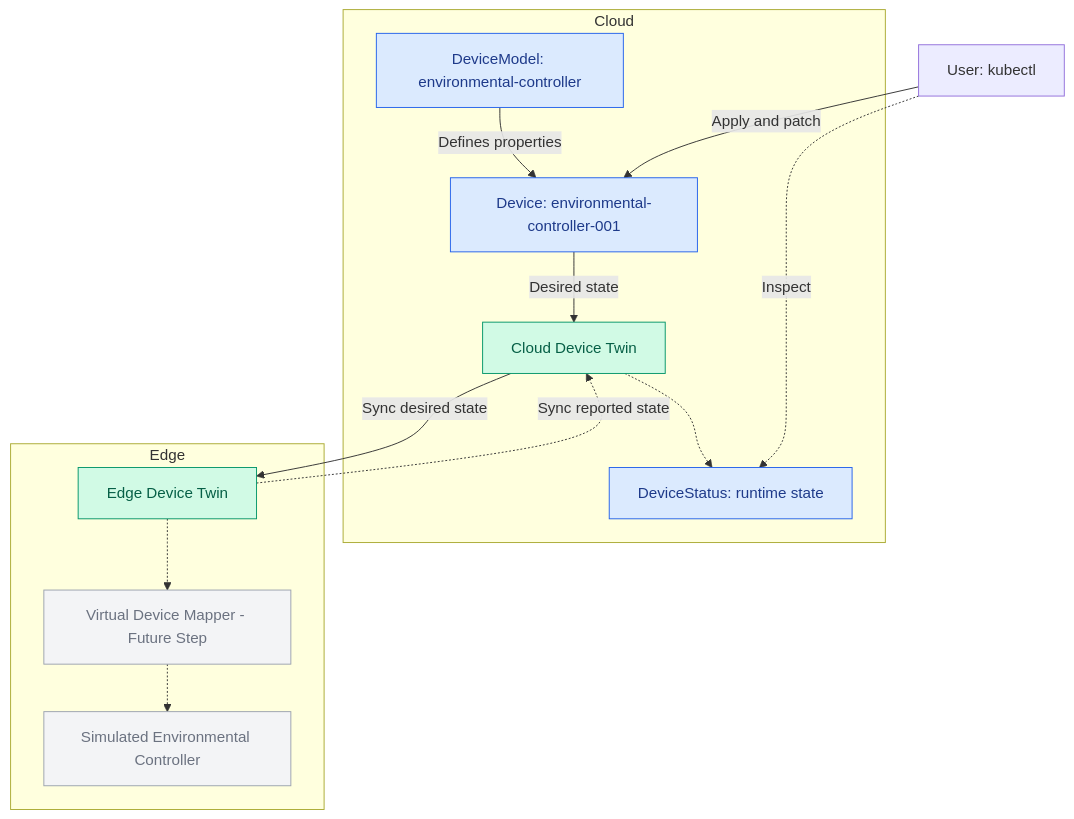
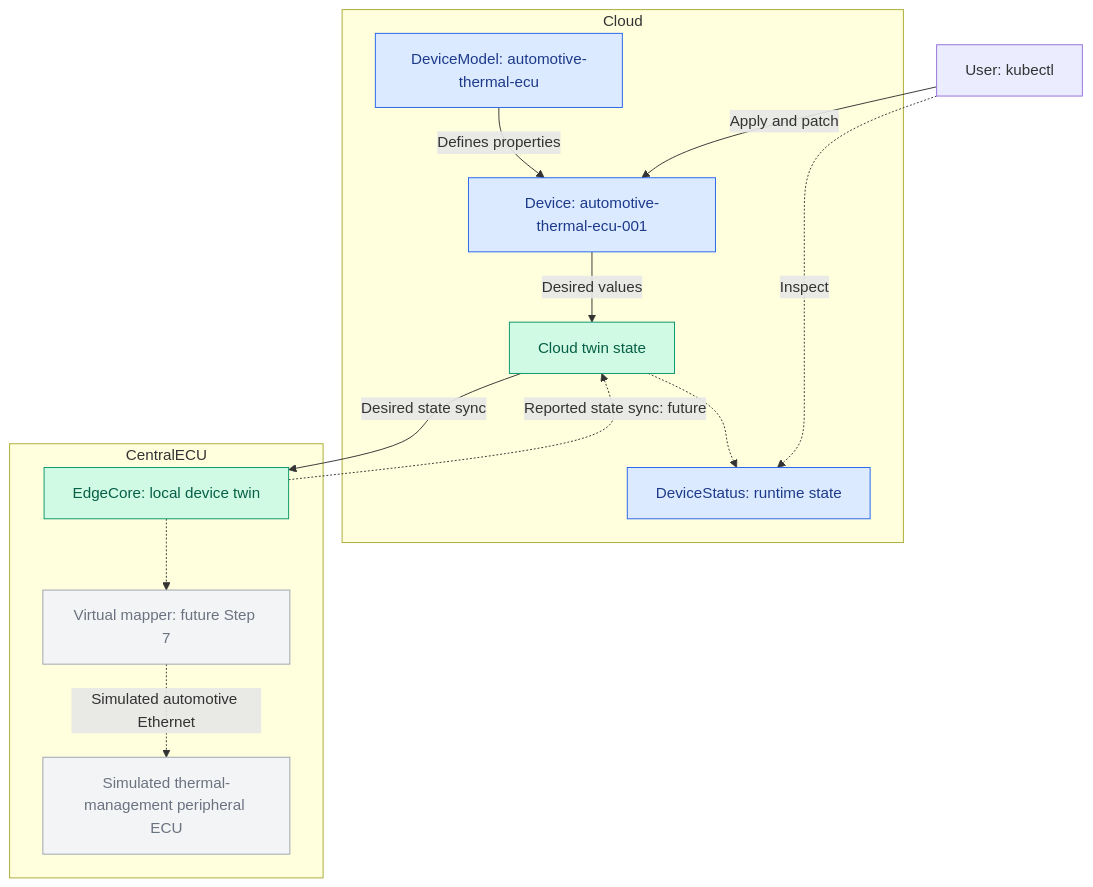
The second of 2 diagrams in README.md (neotera-eu/up2date4sdv-continuumx-playground), drawn with Mermaid before and after one commit. The commit also changed other lines of this file and 2 other files, not shown here.

Commit message:
Update the example from virtual industrial environmental controller to simulated automotive thermal-management ECU.

````diff
--- a/README.md
+++ b/README.md
@@ -367,40 +369,30 @@
 ```mermaid
 graph TB
     User["User: kubectl"]
-
     subgraph Cloud
-        Model["DeviceModel: environmental-controller"]
-        Device["Device: environmental-controller-001"]
-        CloudTwin["Cloud Device Twin"]
+        Model["DeviceModel: automotive-thermal-ecu"]
+        Device["Device: automotive-thermal-ecu-001"]
+        CloudTwin["Cloud twin state"]
         Status["DeviceStatus: runtime state"]
-
         Model -->|Defines properties| Device
-        Device -->|Desired state| CloudTwin
+        Device -->|Desired values| CloudTwin
         CloudTwin -.-> Status
     end
-
-    subgraph Edge
-        EdgeTwin["Edge Device Twin"]
-        Mapper["Virtual Device Mapper - Future Step"]
-        Virtual["Simulated Environmental Controller"]
-
+    subgraph CentralECU
+        EdgeTwin["EdgeCore: local device twin"]
+        Mapper["Virtual mapper: future Step 7"]
+        Peripheral["Simulated thermal-management peripheral ECU"]
         EdgeTwin -.-> Mapper
-        Mapper -.-> Virtual
+        Mapper -.->|Simulated automotive Ethernet| Peripheral
     end
     User -->|Apply and patch| Device
     User -.->|Inspect| Status
-    %%User ---> Cloud
-
-    CloudTwin -->|Sync desired state| EdgeTwin
-    EdgeTwin -.->|Sync reported state| CloudTwin
-    %%Cloud --->|Sync desired state| Edge
-
+    CloudTwin -->|Desired state sync| EdgeTwin
+    EdgeTwin -.->|Reported state sync: future| CloudTwin
     classDef resource fill:#dbeafe,stroke:#2563eb,color:#1e3a8a
     classDef twin fill:#d1fae5,stroke:#059669,color:#065f46
     classDef future fill:#f3f4f6,stroke:#9ca3af,color:#6b7280
-
     class Model,Device,Status resource
     class CloudTwin,EdgeTwin twin
-    class Mapper,Virtual future
-
+    class Mapper,Peripheral future
 ```
````
